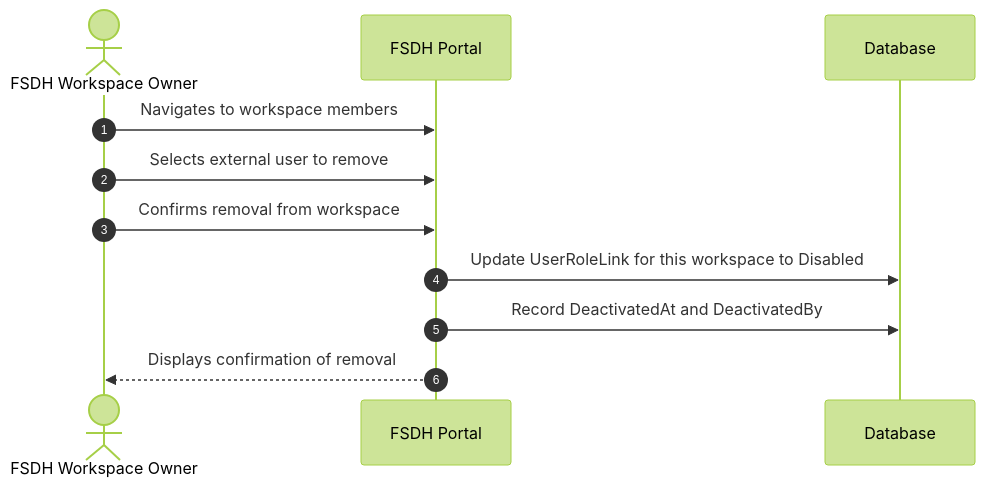
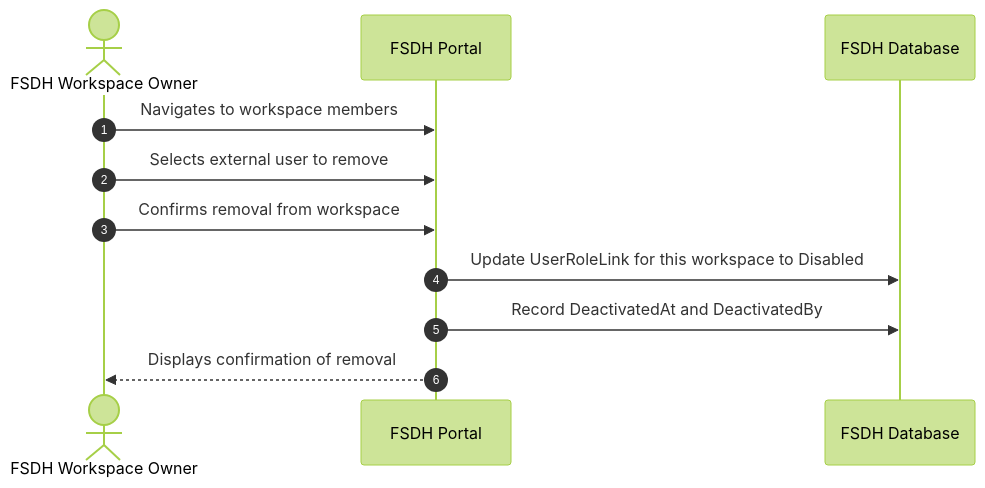
Before and after one commit to ssc-sp/datahub-docs: diagram 11 of 12 in DeveloperGuide/GCCF/AuthenticationFlows.md, drawn with Mermaid (forest theme). The commit also changed other lines of this file and 2 other files, not shown here.

````diff
--- a/DeveloperGuide/GCCF/AuthenticationFlows.md
+++ b/DeveloperGuide/GCCF/AuthenticationFlows.md
@@ -360,14 +387,14 @@
 ```mermaid
 sequenceDiagram
     actor Owner as FSDH Workspace Owner
     participant FSDH as FSDH Portal
-    participant DB as Database
+    participant DB as FSDH Database
 
     autonumber
     Owner->>FSDH: Navigates to workspace members
     Owner->>FSDH: Selects external user to remove
     Owner->>FSDH: Confirms removal from workspace
     FSDH->>DB: Update UserRoleLink for this workspace to Disabled
     FSDH->>DB: Record DeactivatedAt and DeactivatedBy
     FSDH-->>Owner: Displays confirmation of removal
 ```
````
